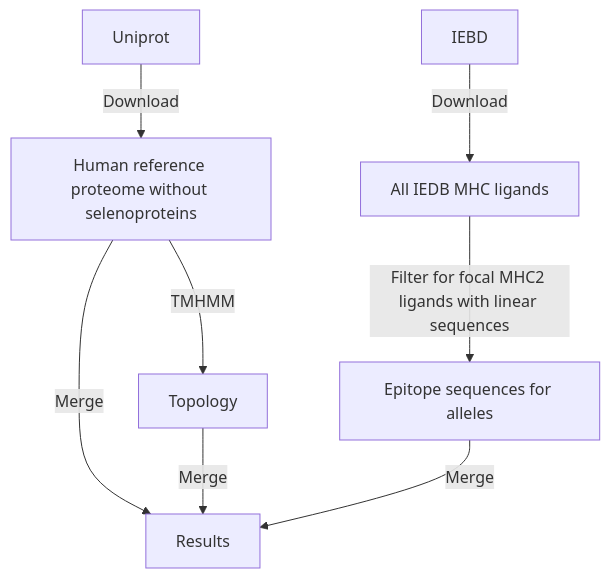
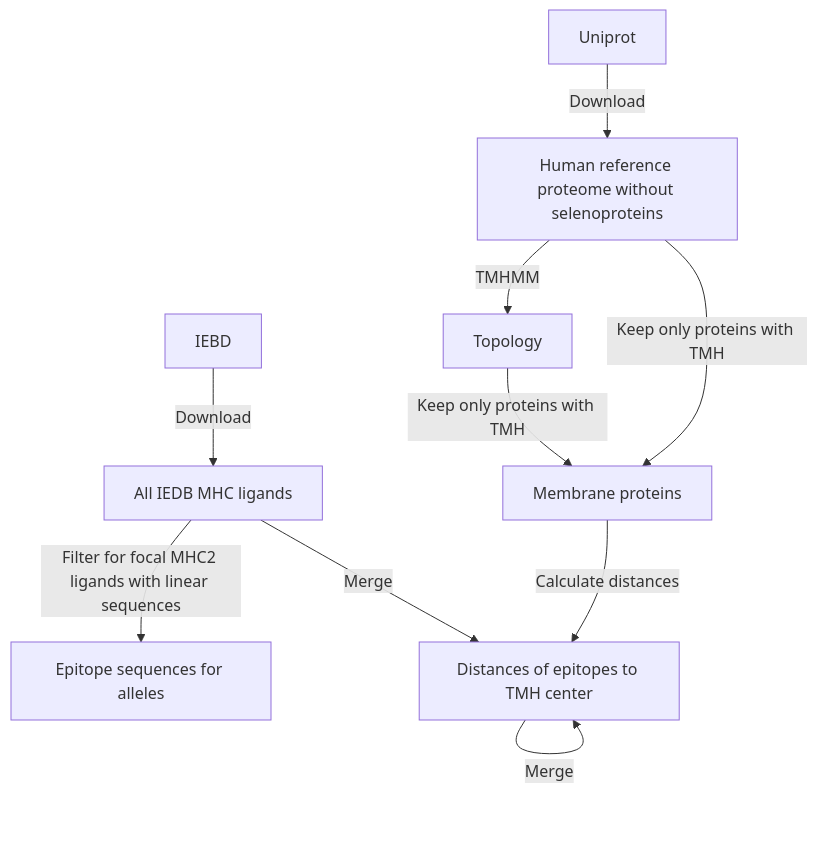
Before and after one commit to richelbilderbeek/bbbq_article_issue_265: the first of 2 diagrams in README.md, drawn with Mermaid. The commit also changed other lines of this file and 5 other files, not shown here.

Commit message:
Only do membrane proteins

````diff
--- a/README.md
+++ b/README.md
@@ -21,10 +22,12 @@
 ```mermaid
 graph TD;
     A[Uniprot]-->|Download| B[Human reference proteome without selenoproteins];
     B-->|TMHMM| C[Topology];
+    B-->|Keep only proteins with TMH| BM[Membrane proteins]
+    C-->|Keep only proteins with TMH| BM
     D[IEBD]-->|Download| E[All IEDB MHC ligands];
     E-->|Filter for focal MHC2 ligands with linear sequences| F[Epitope sequences for alleles];
-    B-->|Merge| G[Results];
-    C-->|Merge| G[Results];
-    F-->|Merge| G[Results];
+    BM-->|Calculate distances| G[Distance of each AA to a TMH center];
+    E-->|Merge| G[Distances of epitopes to TMH center];
+    G-->|Merge| G;
 ```
````
